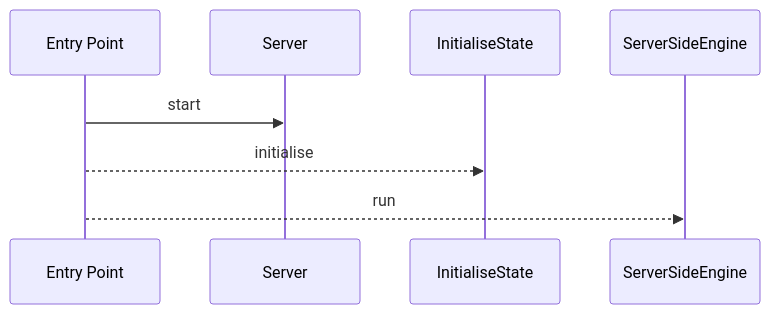
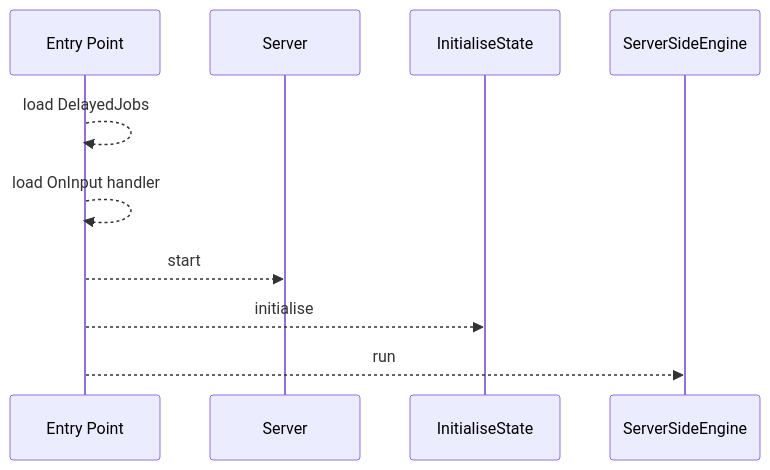
Before and after one commit to distributedlife/ensemble-website: the first of 7 diagrams in source/views/docs/guides/sequence.md, drawn with Mermaid. The commit also changed other lines of this file and 1 other file, not shown here.

Commit message:
moar sequence diagrams

```diff
--- a/source/views/docs/guides/sequence.md
+++ b/source/views/docs/guides/sequence.md
@@ -8,6 +8,8 @@
 <div class="mermaid">
 sequenceDiagram
-  Entry Point->>Server: start
+  Entry Point-->>Entry Point: load DelayedJobs
+  Entry Point-->>Entry Point: load OnInput handler
+  Entry Point-->>Server: start
   Entry Point-->>InitialiseState: initialise
   Entry Point-->>ServerSideEngine: run
 </div>
```
